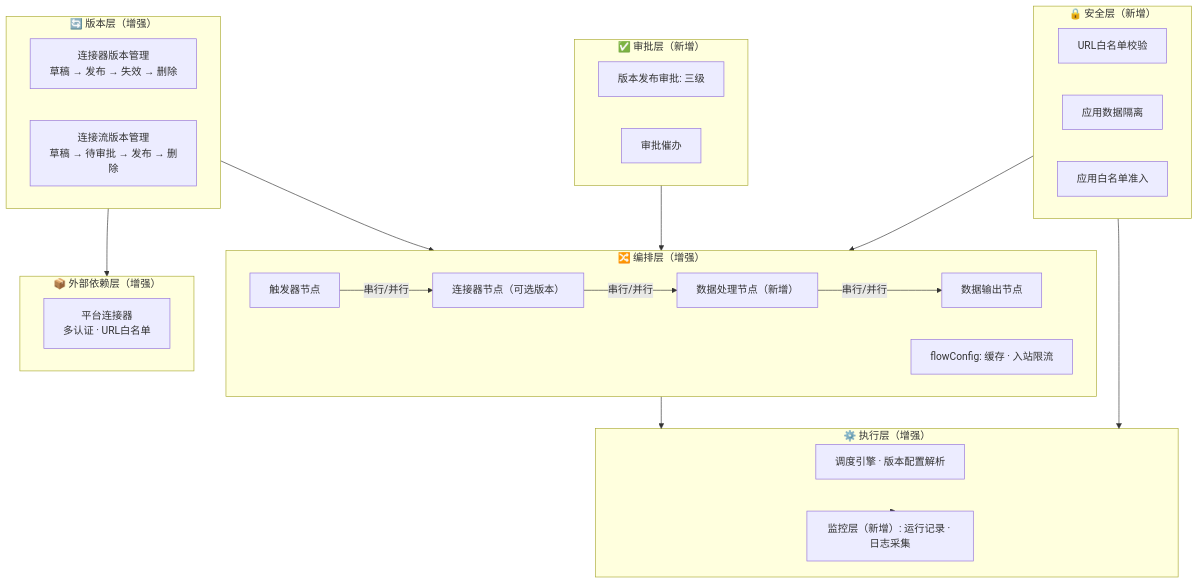
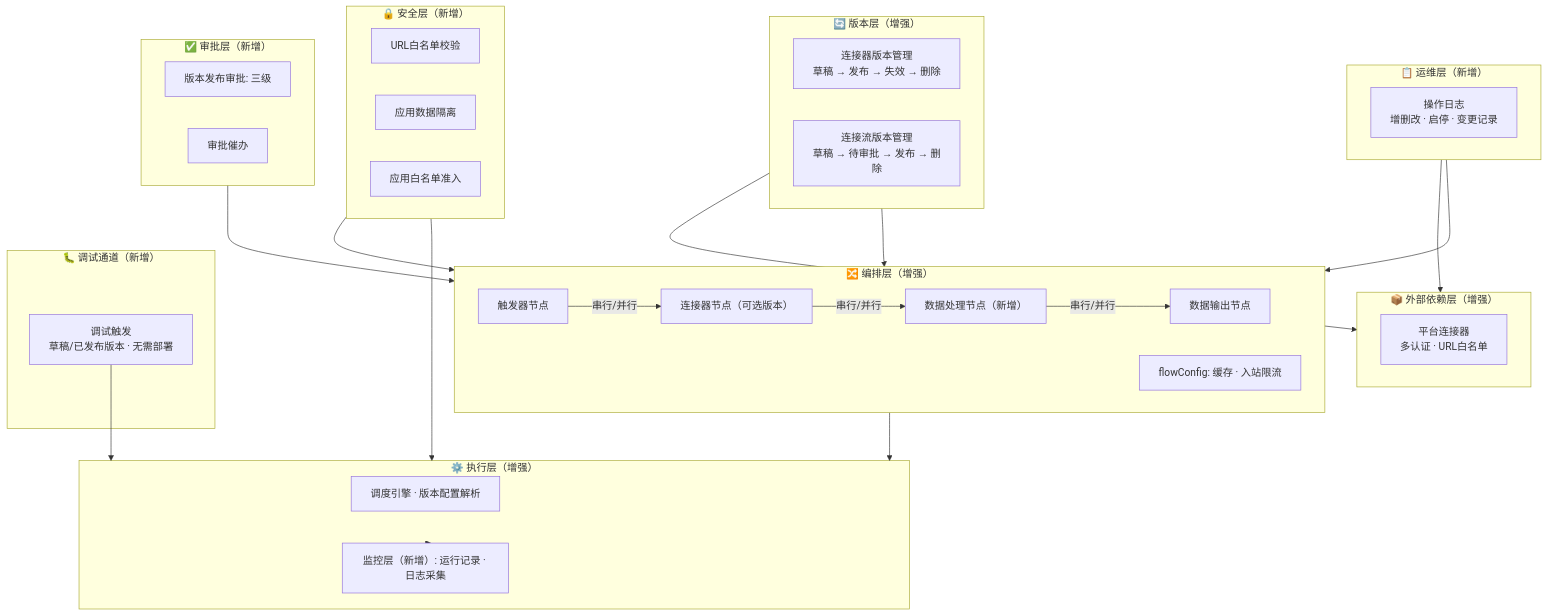
The first of 2 diagrams in .sddu/specs-tree-root/specs-tree-connector-platform-v2/plan.md (THZSummer/open-app), drawn with Mermaid before and after one commit. The commit also changed other lines of this file, not shown here.

First line of the commit message:
docs(plan): 对齐 spec v2.16 — 架构图/接口数/数据库统计/依赖描述/风险评估

````diff
--- a/.sddu/specs-tree-root/specs-tree-connector-platform-v2/plan.md
+++ b/.sddu/specs-tree-root/specs-tree-connector-platform-v2/plan.md
@@ -21,42 +21,53 @@
 ```mermaid
 graph TB
     subgraph Ver["🔄 版本层（增强）"]
         CV["连接器版本管理\n草稿 → 发布 → 失效 → 删除"]
         FV["连接流版本管理\n草稿 → 待审批 → 发布 → 删除"]
     end
 
     subgraph Dep["📦 外部依赖层（增强）"]
         Conn["平台连接器\n多认证 · URL白名单"]
     end
 
     subgraph Flow["🔀 编排层（增强）"]
         EN["触发器节点"] -->|串行/并行| CN["连接器节点（可选版本）"]
         CN -->|串行/并行| PN["数据处理节点（新增）"]
         PN -->|串行/并行| EX["数据输出节点"]
         FC["flowConfig: 缓存 · 入站限流"]
     end
 
     subgraph RT["⚙️ 执行层（增强）"]
         R["调度引擎 · 版本配置解析"]
         M["监控层（新增）: 运行记录 · 日志采集"]
     end
 
     subgraph Sec["🔒 安全层（新增）"]
         WL["URL白名单校验"]
         ISO["应用数据隔离"]
         AWL["应用白名单准入"]
     end
 
     subgraph Appr["✅ 审批层（新增）"]
         DA["版本发布审批: 三级"]
         UR["审批催办"]
     end
 
+    subgraph DBG["🐛 调试通道（新增）"]
+        DRAFT["调试触发\n草稿/已发布版本 · 无需部署"]
+    end
+
+    subgraph Ops["📋 运维层（新增）"]
+        LOG["操作日志\n增删改 · 启停 · 变更记录"]
+    end
+
     Ver --> Dep
     Ver --> Flow
     Flow --> RT
     RT --> M
     Sec --> Flow
     Sec --> RT
     Appr --> Flow
+    DRAFT --> RT
+    Ops --> Dep
+    Ops --> Flow
 ```
````
